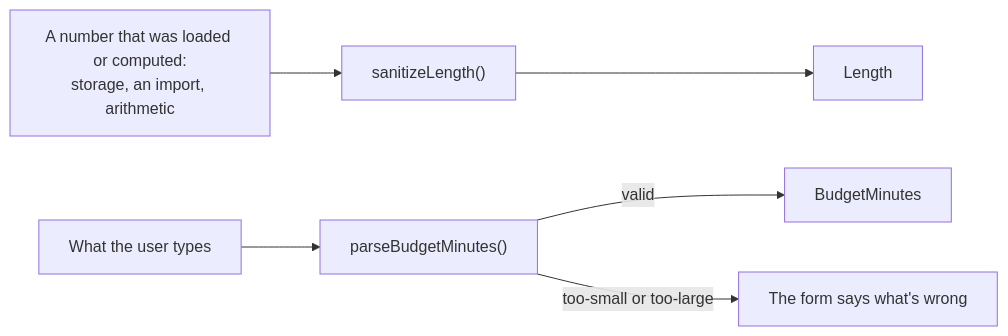
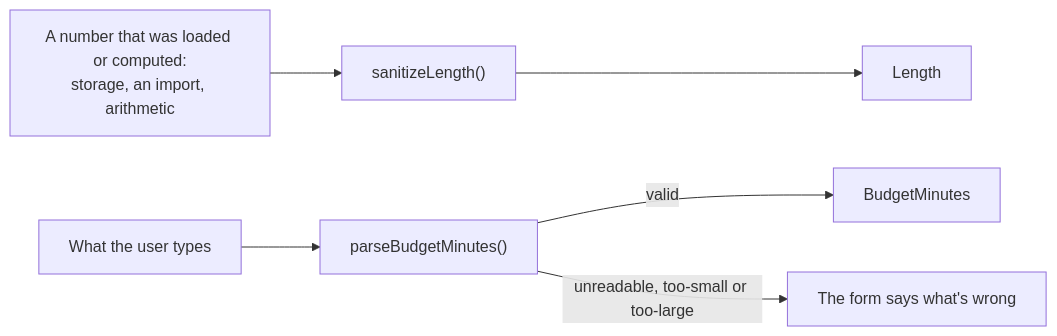
Before and after one commit to SantaClaas/week-budget-planner: the second of 2 diagrams in docs/spec/data-model.md, drawn with Mermaid. The commit also changed 6 other files, not shown here.

First line of the commit message:
Tell unreadable hours apart from too few hours

````diff
--- a/docs/spec/data-model.md
+++ b/docs/spec/data-model.md
@@ -81,7 +81,7 @@
 ```mermaid
 flowchart LR
   loaded["A number that was loaded or computed:<br/>storage, an import, arithmetic"] --> sanitizer["sanitizeLength()"] --> length["Length"]
   typed["What the user types"] --> parser["parseBudgetMinutes()"]
   parser -->|valid| budget["BudgetMinutes"]
-  parser -->|"too-small or too-large"| form["The form says what's wrong"]
+  parser -->|"unreadable, too-small or too-large"| form["The form says what's wrong"]
 ```
````
